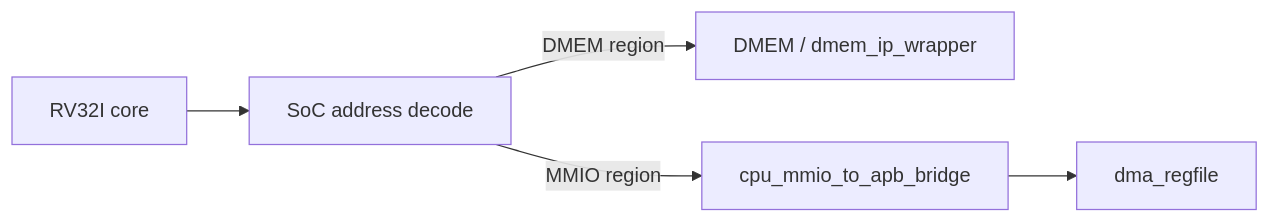
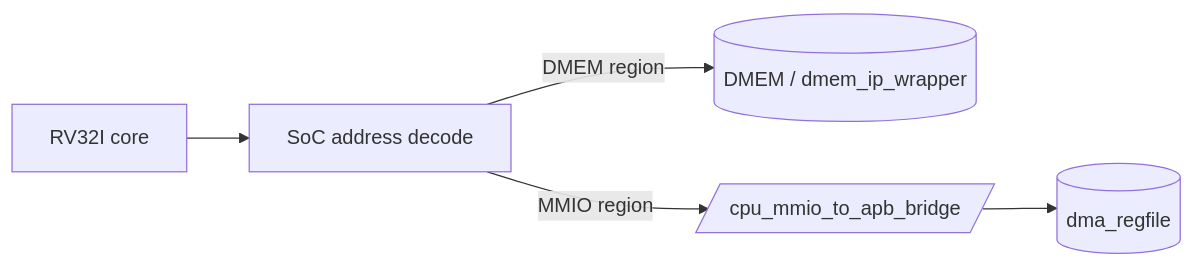
One commit to ngoquocan139/AES_huffman_all6 changed the diagram in docs/cpu_mmio_to_apb_bridge_spec.md. Above: the diagram before and after it, drawn with Mermaid. The commit also changed 28 other files, not shown here.

````diff
--- a/docs/cpu_mmio_to_apb_bridge_spec.md
+++ b/docs/cpu_mmio_to_apb_bridge_spec.md
@@ -21,7 +21,7 @@
 ```mermaid
 flowchart LR
     CPU["RV32I core"] --> SOC["SoC address decode"]
-    SOC -->|DMEM region| DMEM["DMEM / dmem_ip_wrapper"]
-    SOC -->|MMIO region| BR["cpu_mmio_to_apb_bridge"]
-    BR --> DMA["dma_regfile"]
+    SOC -->|DMEM region| DMEM[("DMEM / dmem_ip_wrapper")]
+    SOC -->|MMIO region| BR[/"cpu_mmio_to_apb_bridge"/]
+    BR --> DMA[("dma_regfile")]
 ```
````
